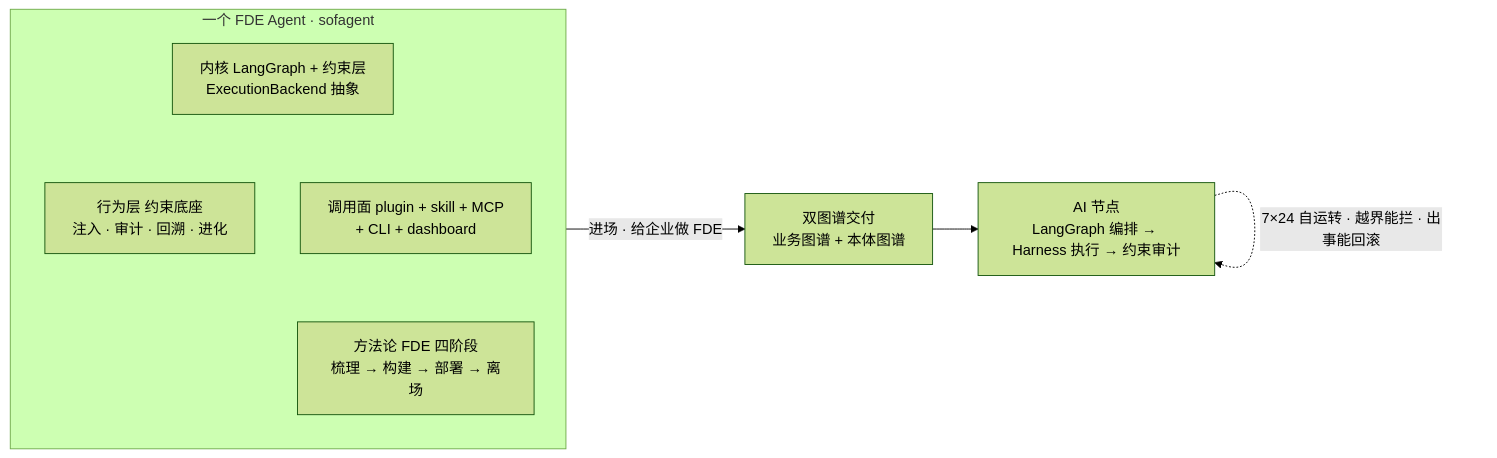
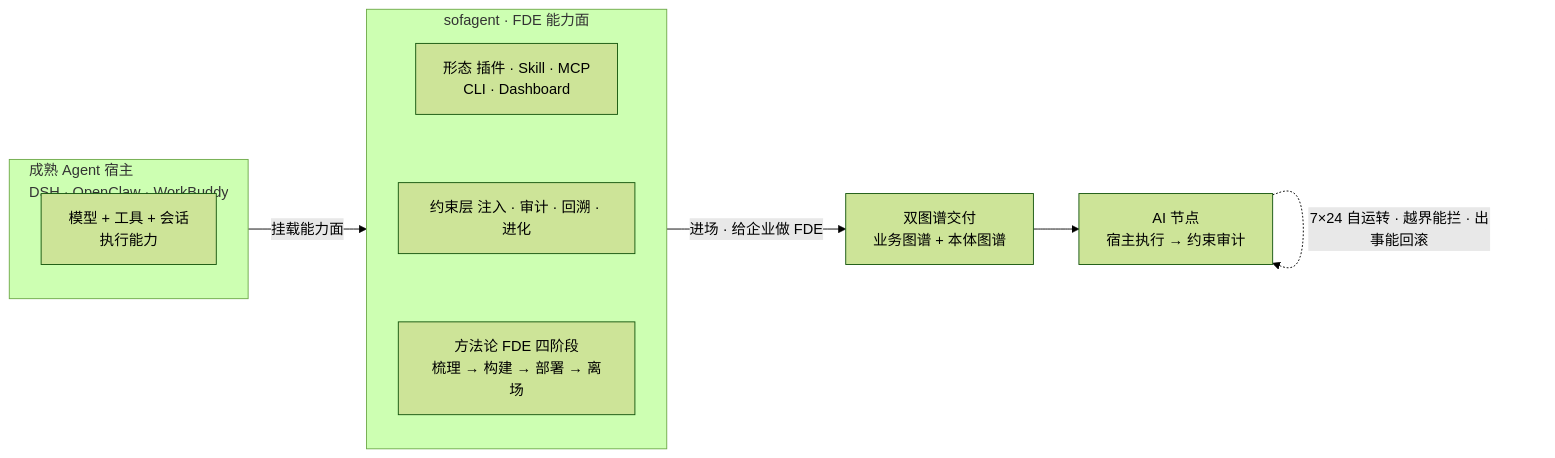
Before and after one commit to KongFangXun/sofagent: the first of 2 diagrams in README.md, drawn with Mermaid (forest theme). The commit also changed other lines of this file and 5 other files, not shown here.

First line of the commit message:
docs(叙事重构): sofagent 定位从「一个 FDE Agent」调整为「FDE 能力层」——不造 Agent，骑在成熟 Agent 之上

````diff
--- a/README.md
+++ b/README.md
@@ -44,12 +44,17 @@
 ```mermaid
 graph LR
-    subgraph S["一个 FDE Agent · sofagent"]
+    subgraph H["成熟 Agent 宿主<br/>DSH · OpenClaw · WorkBuddy"]
+        M["模型 + 工具 + 会话<br/>执行能力"]
+    end
+    subgraph S["sofagent · FDE 能力面"]
         direction TB
-        K["内核 LangGraph + 约束层<br/>ExecutionBackend 抽象"] ~~~ B["行为层 约束底座<br/>注入 · 审计 · 回溯 · 进化"]
-        I["调用面 plugin + skill + MCP<br/>+ CLI + dashboard"] ~~~ M["方法论 FDE 四阶段<br/>梳理 → 构建 → 部署 → 离场"]
-        K ~~~ I
+        P["形态 插件 · Skill · MCP<br/>CLI · Dashboard"]
+        C["约束层 注入 · 审计 · 回溯 · 进化"]
+        F["方法论 FDE 四阶段<br/>梳理 → 构建 → 部署 → 离场"]
+        P ~~~ C ~~~ F
     end
+    H -->|"挂载能力面"| S
     S -->|"进场 · 给企业做 FDE"| D["双图谱交付<br/>业务图谱 + 本体图谱"]
-    D --> N["AI 节点<br/>LangGraph 编排 → Harness 执行 → 约束审计"]
+    D --> N["AI 节点<br/>宿主执行 → 约束审计"]
     N -.->|"7×24 自运转 · 越界能拦 · 出事能回滚"| N
 ```
````
